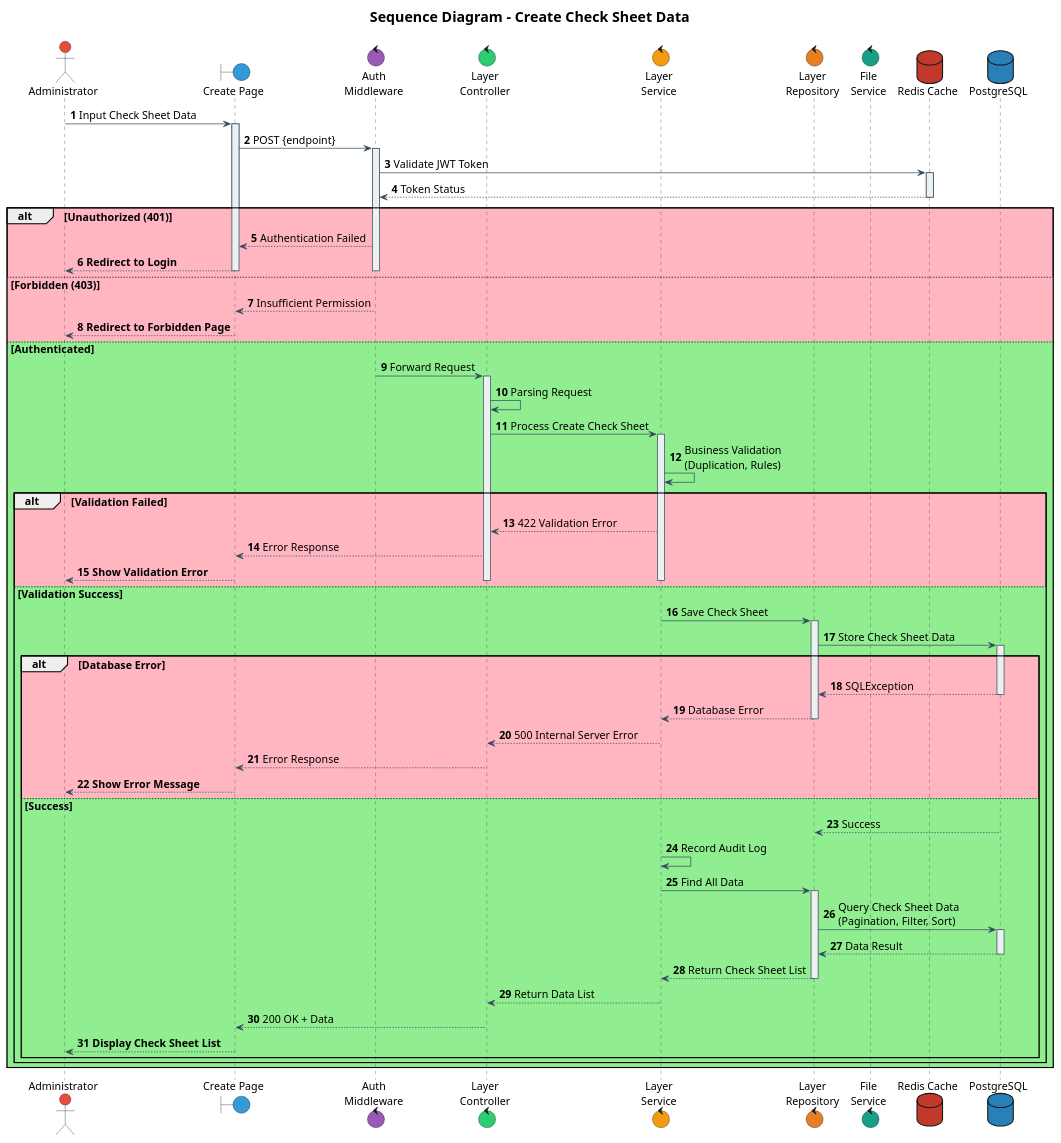
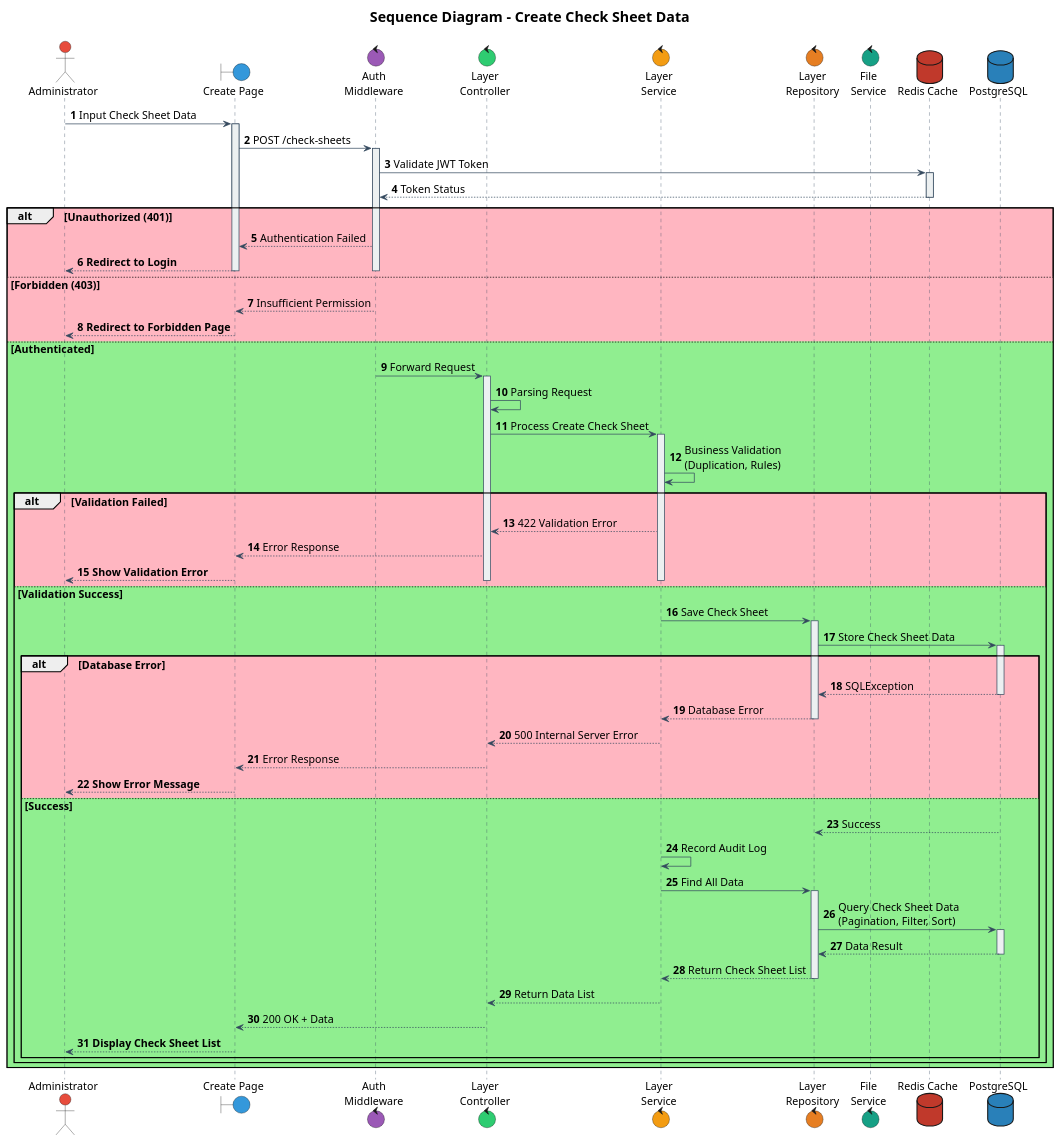
Before and after one commit to IntConnect/go-intconnect-api: the diagram in documentation/sequence/document/check-sheet/create.puml, drawn with PlantUML. The commit also changed 22 other files, not shown here.

Commit message:
feat(activity, sequence): Add some activity and sequence diagram

```diff
--- a/documentation/sequence/document/check-sheet/create.puml
+++ b/documentation/sequence/document/check-sheet/create.puml
@@ -1,146 +1,146 @@
 @startuml
 
 ' Font configuration
 skinparam defaultFontName Times New Roman
 skinparam defaultFontSize 15
 
 ' Participant styling
 skinparam participant {
     BackgroundColor #ECF0F1
     BorderColor #34495E
     FontColor Black
     FontName Times New Roman
     FontSize 15
 }
 
 skinparam sequence {
     ArrowColor #34495E
     LifeLineBorderColor #34495E
     LifeLineBackgroundColor #ECF0F1
     ArrowFontName Times New Roman
     ArrowFontSize 15
 }
 
 skinparam actorFontSize 15
 skinparam noteFontSize 15
 skinparam noteFontName "Times New Roman"
 
 ' Actors and components
 actor "Administrator" as admin #E74C3C
 boundary "Create Page" as boundCreate #3498DB
 control "Auth\nMiddleware" as authMiddleware #9B59B6
 control "Layer\nController" as controller #2ECC71
 control "Layer\nService" as service #F39C12
 control "Layer\nRepository" as repository #E67E22
 control "File\nService" as fileService #16A085
 database "Redis Cache" as dbRedis #C0392B
 database "PostgreSQL" as dbPsql #2980B9
 
 title
 <size:20><b>Sequence Diagram - Create Check Sheet Data</b></size>
 ----
 end title
 
 autonumber
 
 
 ' === MAIN FLOW ===
 admin -> boundCreate: Input Check Sheet Data
 activate boundCreate
 
-boundCreate -> authMiddleware: POST {endpoint}
+boundCreate -> authMiddleware: POST /check-sheets
 activate authMiddleware
 
 ' === AUTHENTICATION ===
 authMiddleware -> dbRedis: Validate JWT Token
 activate dbRedis
 dbRedis --> authMiddleware: Token Status
 deactivate dbRedis
 
 alt #LightPink Unauthorized (401)
     authMiddleware --> boundCreate: Authentication Failed
     boundCreate --> admin: **Redirect to Login**
     deactivate authMiddleware
     deactivate boundCreate
     else #LightPink Forbidden (403)
         authMiddleware --> boundCreate: Insufficient Permission
         boundCreate --> admin: **Redirect to Forbidden Page**
         deactivate authMiddleware
         deactivate boundCreate
     else #LightGreen Authenticated
 
     authMiddleware -> controller: Forward Request
     deactivate authMiddleware
     activate controller
 
     ' === VALIDATION ===
     controller -> controller: Parsing Request
     controller -> service: Process Create Check Sheet
     activate service
 
     service -> service: Business Validation\n(Duplication, Rules)
 
     alt #LightPink Validation Failed
         service --> controller: 422 Validation Error
         controller --> boundCreate: Error Response
         boundCreate --> admin: **Show Validation Error**
         deactivate service
         deactivate controller
         deactivate boundCreate
 
     else #LightGreen Validation Success
 
 
 
         ' === SAVE TO DATABASE ===
         service -> repository: Save Check Sheet
         activate repository
 
         repository -> dbPsql: Store Check Sheet Data
         activate dbPsql
 
         alt #LightPink Database Error
             dbPsql --> repository: SQLException
             deactivate dbPsql
             repository --> service: Database Error
             deactivate repository
 
 
 
             service --> controller: 500 Internal Server Error
             controller --> boundCreate: Error Response
             boundCreate --> admin: **Show Error Message**
             deactivate service
             deactivate controller
             deactivate boundCreate
 
         else #LightGreen Success
             dbPsql --> repository: Success
             deactivate dbPsql
 
              service -> service: Record Audit Log
                     service -> repository: Find All Data
                     activate repository
 
                     repository -> dbPsql: Query Check Sheet Data\n(Pagination, Filter, Sort)
                     activate dbPsql
                     dbPsql --> repository: Data Result
 deactivate dbPsql
 
                   repository --> service: Return Check Sheet List
                     deactivate repository
 
                     deactivate dbPsql
                     service --> controller: Return Data List
 
                     deactivate service
                         controller --> boundCreate: 200 OK + Data
                     deactivate controller
                     boundCreate --> admin: **Display Check Sheet List**
                     deactivate boundCreate
 
                 end
     end
 end
 
 @enduml
```
